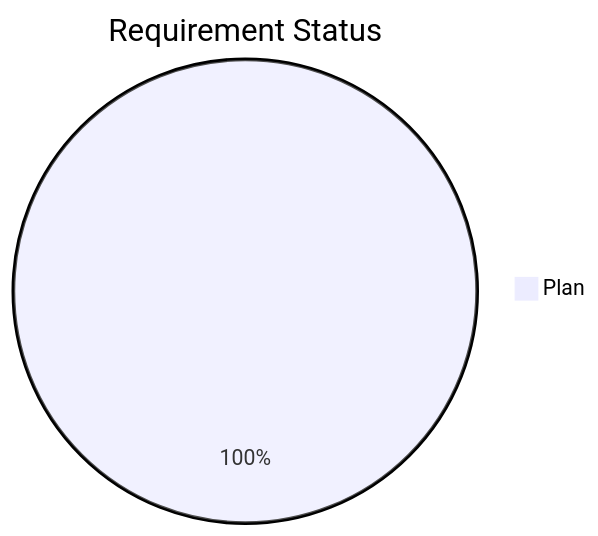
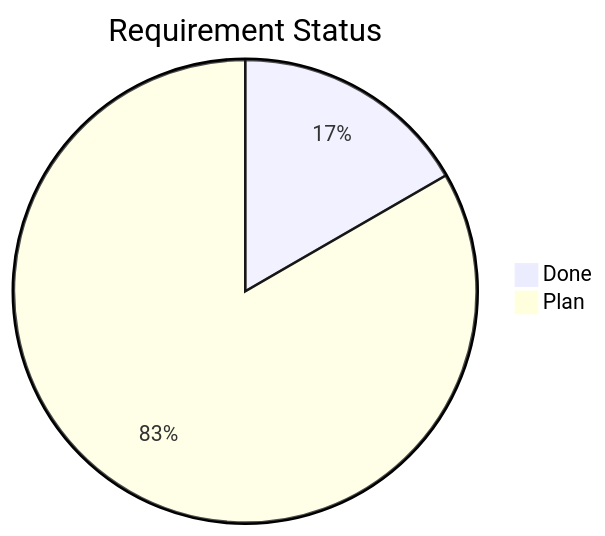
The first of 2 diagrams in .dev/blueprint.md (Hunter-Leo/clawd-relay), drawn with Mermaid before and after one commit. The commit also changed other lines of this file and 18 other files, not shown here.

````diff
--- a/.dev/blueprint.md
+++ b/.dev/blueprint.md
@@ -7,4 +7,5 @@
 ```mermaid
 pie title Requirement Status
-    "Plan" : 6
+    "Done" : 1
+    "Plan" : 5
 ```
````
